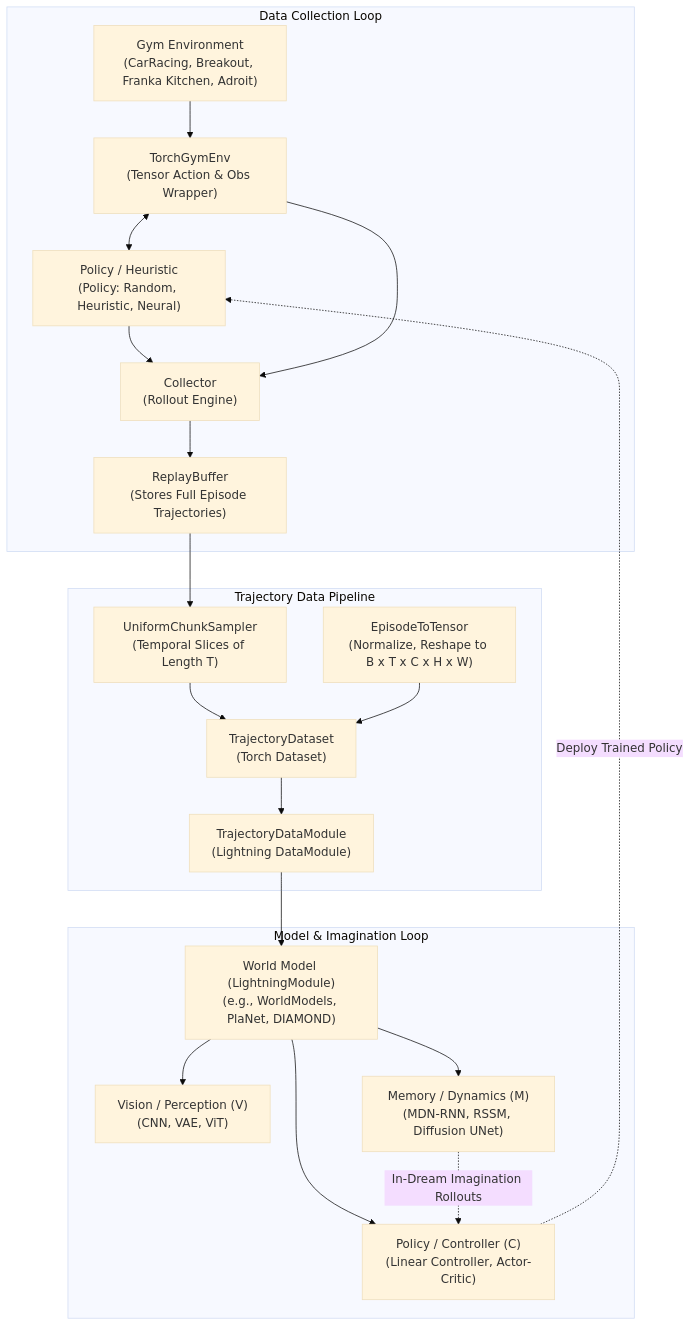
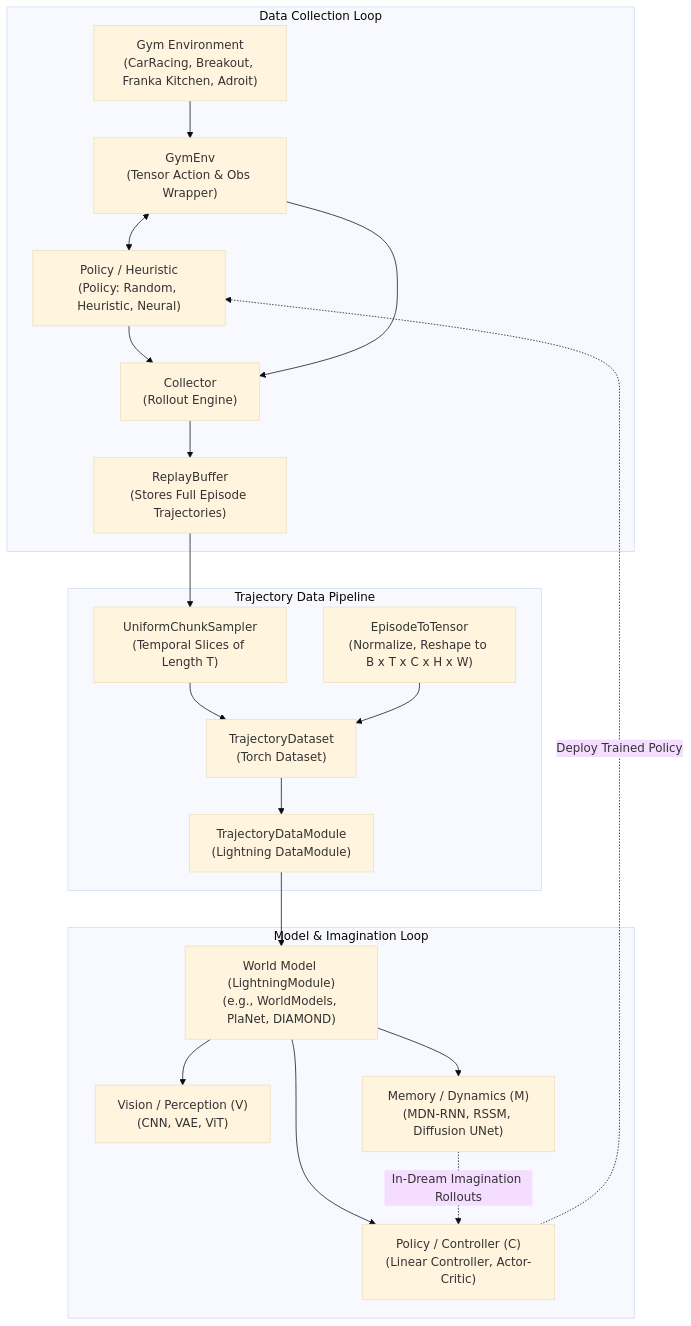
Before and after one commit to electricshadok/wiskers: the diagram in PROJECT.md, drawn with Mermaid (base theme). The commit also changed other lines of this file and 18 other files, not shown here.

Commit message:
rename to GymEnv

````diff
--- a/PROJECT.md
+++ b/PROJECT.md
@@ -13,41 +13,41 @@
 ```mermaid
 flowchart TD
     subgraph Environment & Collection ["Data Collection Loop"]
         Env["Gym Environment\n(CarRacing, Breakout, Franka Kitchen, Adroit)"]
-        TorchEnv["TorchGymEnv\n(Tensor Action & Obs Wrapper)"]
+        TorchEnv["GymEnv\n(Tensor Action & Obs Wrapper)"]
         Policy["Policy / Heuristic\n(Policy: Random, Heuristic, Neural)"]
         Collector["Collector\n(Rollout Engine)"]
         Buffer["ReplayBuffer\n(Stores Full Episode Trajectories)"]
     end
 
     subgraph Data Pipeline ["Trajectory Data Pipeline"]
         Sampler["UniformChunkSampler\n(Temporal Slices of Length T)"]
         Transform["EpisodeToTensor\n(Normalize, Reshape to B x T x C x H x W)"]
         Dataset["TrajectoryDataset\n(Torch Dataset)"]
         DataModule["TrajectoryDataModule\n(Lightning DataModule)"]
     end
 
     subgraph World Model & Training ["Model & Imagination Loop"]
         WM["World Model (LightningModule)\n(e.g., WorldModels, PlaNet, DIAMOND)"]
         Perception["Vision / Perception (V)\n(CNN, VAE, ViT)"]
         Dynamics["Memory / Dynamics (M)\n(MDN-RNN, RSSM, Diffusion UNet)"]
         Controller["Policy / Controller (C)\n(Linear Controller, Actor-Critic)"]
     end
 
     Env --> TorchEnv
     TorchEnv <--> Policy
     Policy --> Collector
     TorchEnv --> Collector
     Collector --> Buffer
     Buffer --> Sampler
     Sampler --> Dataset
     Transform --> Dataset
     Dataset --> DataModule
     DataModule --> WM
 
     WM --> Perception
     WM --> Dynamics
     WM --> Controller
     Dynamics -.->|"In-Dream Imagination Rollouts"| Controller
     Controller -.->|"Deploy Trained Policy"| Policy
 ```
````
